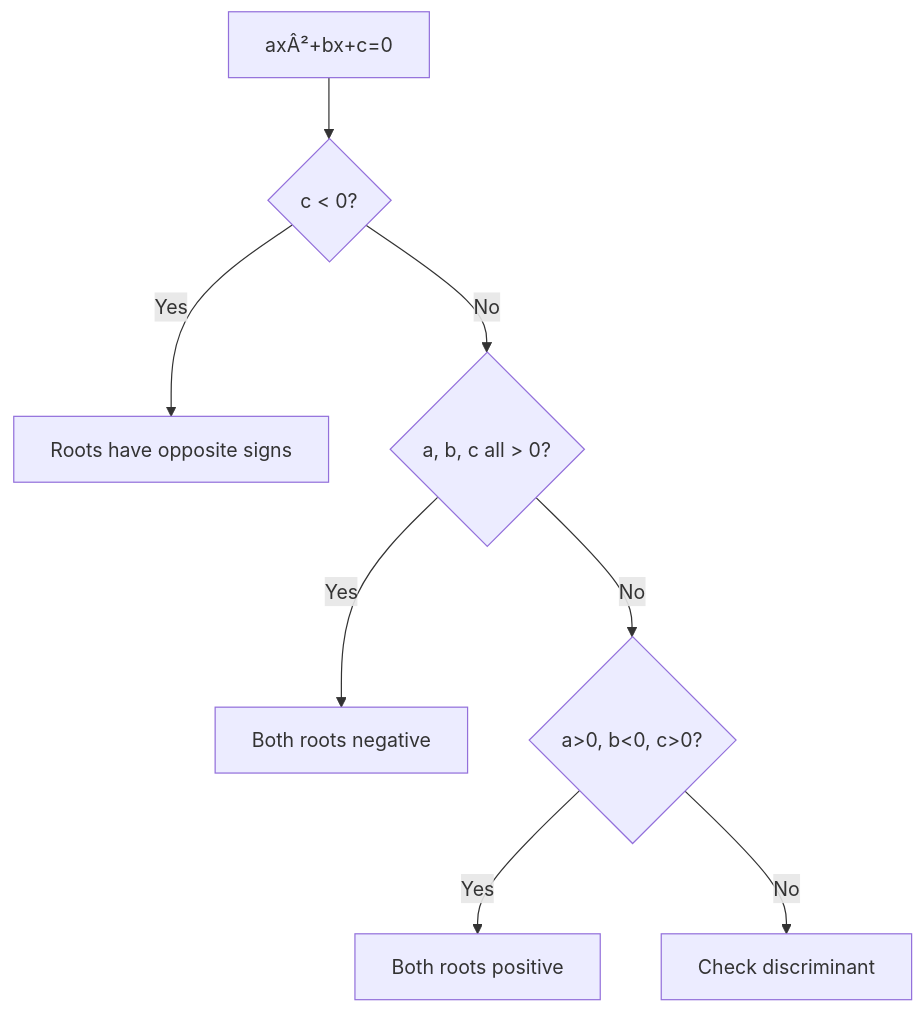
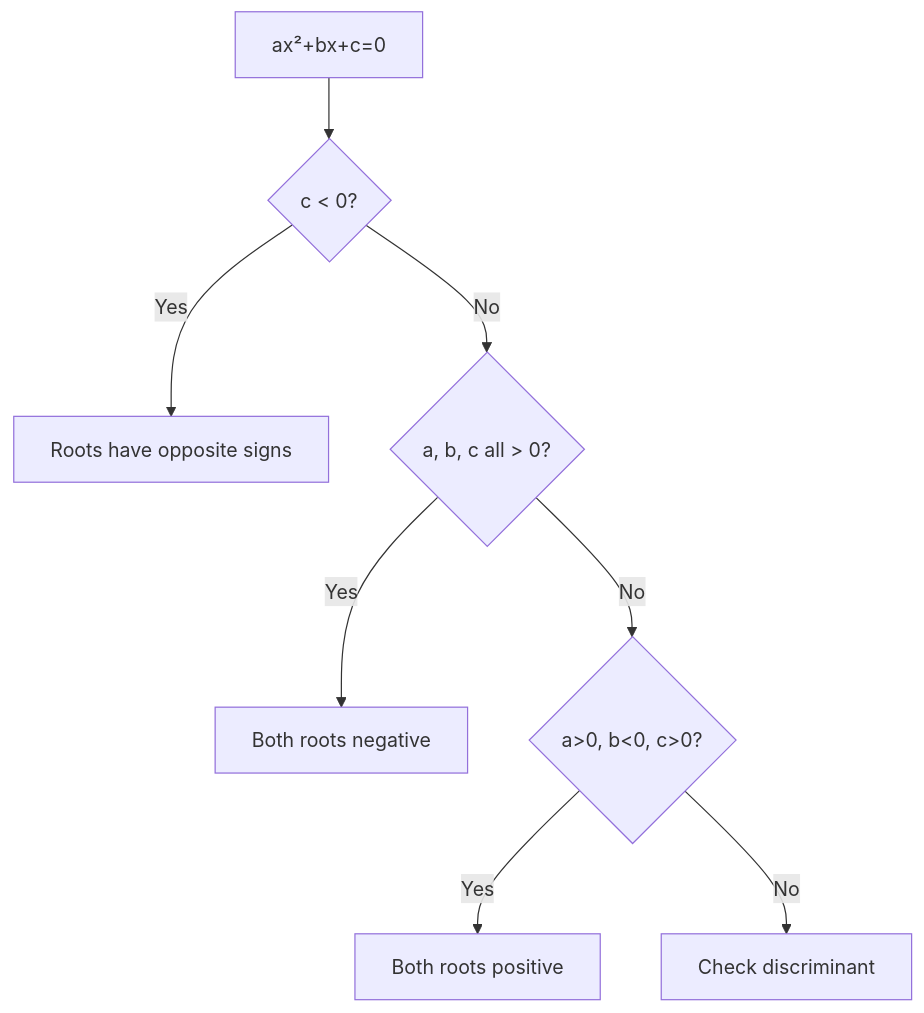
The fifth of 8 diagrams in docs/courses/quantitative-aptitude/05-quadratic-equations-simplification.md (Raushan666java/ai-engineering-journey), drawn with Mermaid before and after one commit. The commit also changed other lines of this file and 965 other files, not shown here.

````diff
--- a/docs/courses/quantitative-aptitude/05-quadratic-equations-simplification.md
+++ b/docs/courses/quantitative-aptitude/05-quadratic-equations-simplification.md
@@ -602,10 +602,10 @@
 ```mermaid
 flowchart TD
-    A["axÂ²+bx+c=0"] --> B{"c < 0?"}
+    A["ax²+bx+c=0"] --> B{"c < 0?"}
     B -->|"Yes"| C["Roots have opposite signs"]
     B -->|"No"| D{"a, b, c all > 0?"}
     D -->|"Yes"| E["Both roots negative"]
     D -->|"No"| F{"a>0, b<0, c>0?"}
     F -->|"Yes"| G["Both roots positive"]
     F -->|"No"| H["Check discriminant"]
 ```
````
